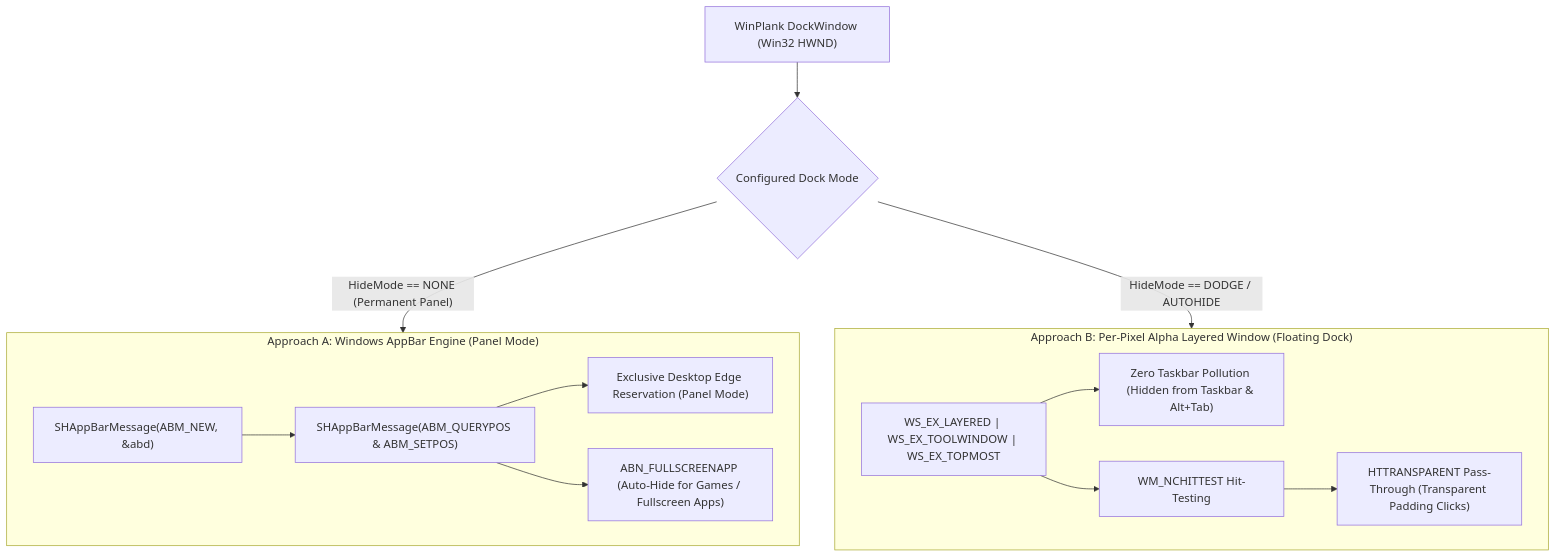
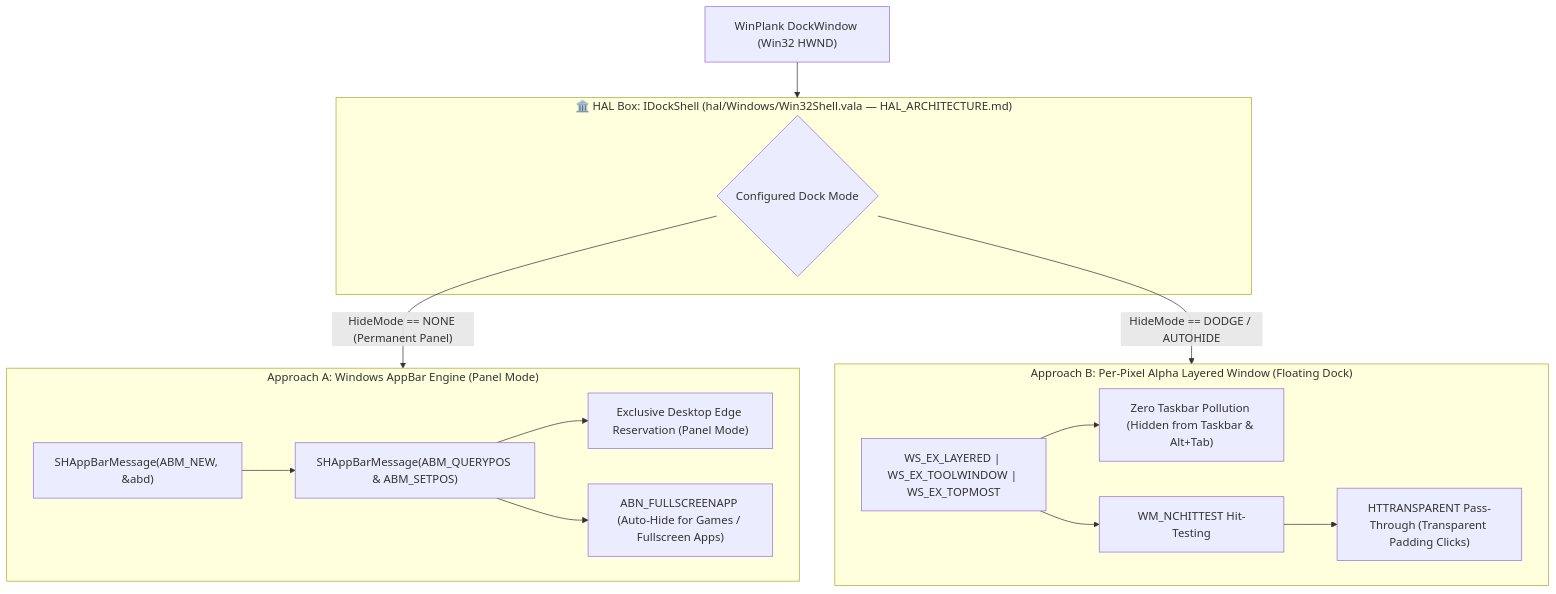
Before and after one commit to sergiomelas/WayPlank: the fourth of 7 diagrams in Documentation/WINPLANK_PORT_BATTLE_PLAN.md, drawn with Mermaid. The commit also changed other lines of this file and 174 other files, not shown here.

````diff
--- a/Documentation/WINPLANK_PORT_BATTLE_PLAN.md
+++ b/Documentation/WINPLANK_PORT_BATTLE_PLAN.md
@@ -213,19 +218,23 @@
 ```mermaid
 flowchart TD
-    DOCK["WinPlank DockWindow (Win32 HWND)"] --> MODE{"Configured Dock Mode"}
+    DOCK["WinPlank DockWindow (Win32 HWND)"] --> HAL_SHELL
+
+    subgraph HAL_SHELL ["🏛️ HAL Box: IDockShell (hal/Windows/Win32Shell.vala — HAL_ARCHITECTURE.md)"]
+        MODE{"Configured Dock Mode"}
+    end
 
     subgraph APPBAR_PIPELINE ["Approach A: Windows AppBar Engine (Panel Mode)"]
         AB1["SHAppBarMessage(ABM_NEW, &abd)"] --> AB2["SHAppBarMessage(ABM_QUERYPOS & ABM_SETPOS)"]
         AB2 --> AB3["Exclusive Desktop Edge Reservation (Panel Mode)"]
         AB2 --> AB4["ABN_FULLSCREENAPP (Auto-Hide for Games / Fullscreen Apps)"]
     end
 
     subgraph LAYERED_PIPELINE ["Approach B: Per-Pixel Alpha Layered Window (Floating Dock)"]
         LW1["WS_EX_LAYERED | WS_EX_TOOLWINDOW | WS_EX_TOPMOST"] --> LW2["Zero Taskbar Pollution (Hidden from Taskbar & Alt+Tab)"]
         LW1 --> LW3["WM_NCHITTEST Hit-Testing"]
         LW3 --> LW4["HTTRANSPARENT Pass-Through (Transparent Padding Clicks)"]
     end
 
     MODE -->|"HideMode == NONE (Permanent Panel)"| APPBAR_PIPELINE
     MODE -->|"HideMode == DODGE / AUTOHIDE"| LAYERED_PIPELINE
 ```
````
